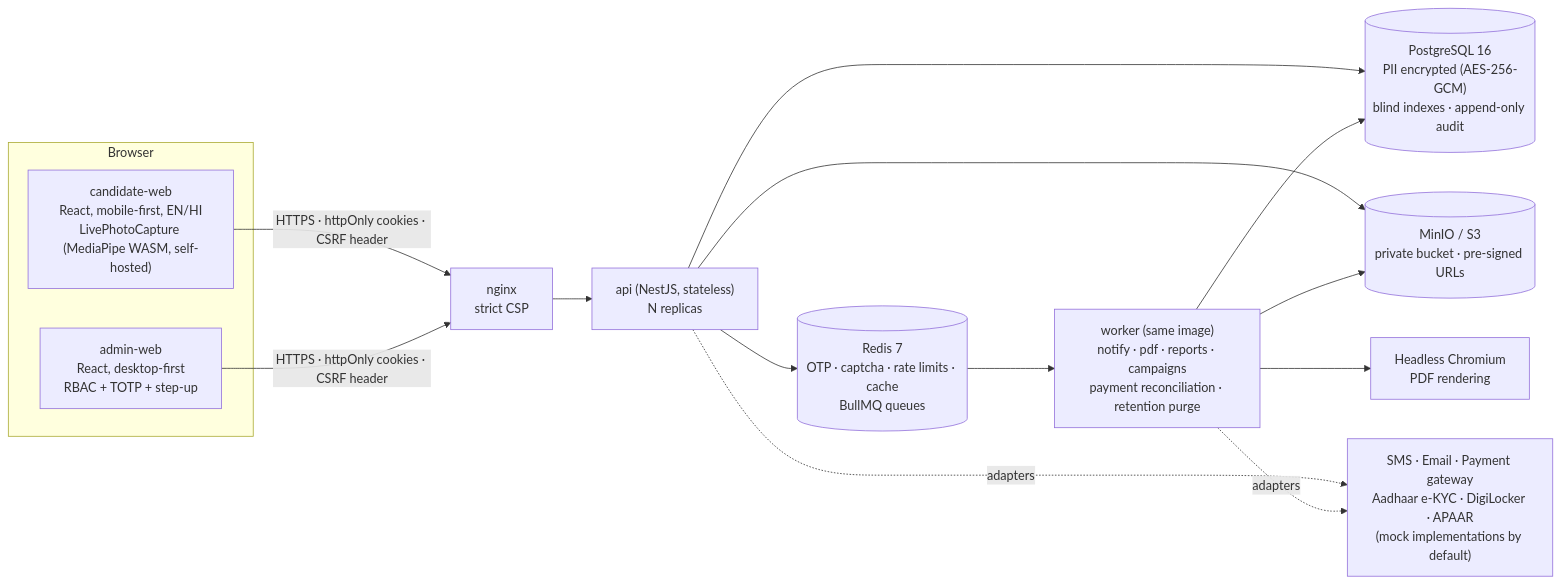
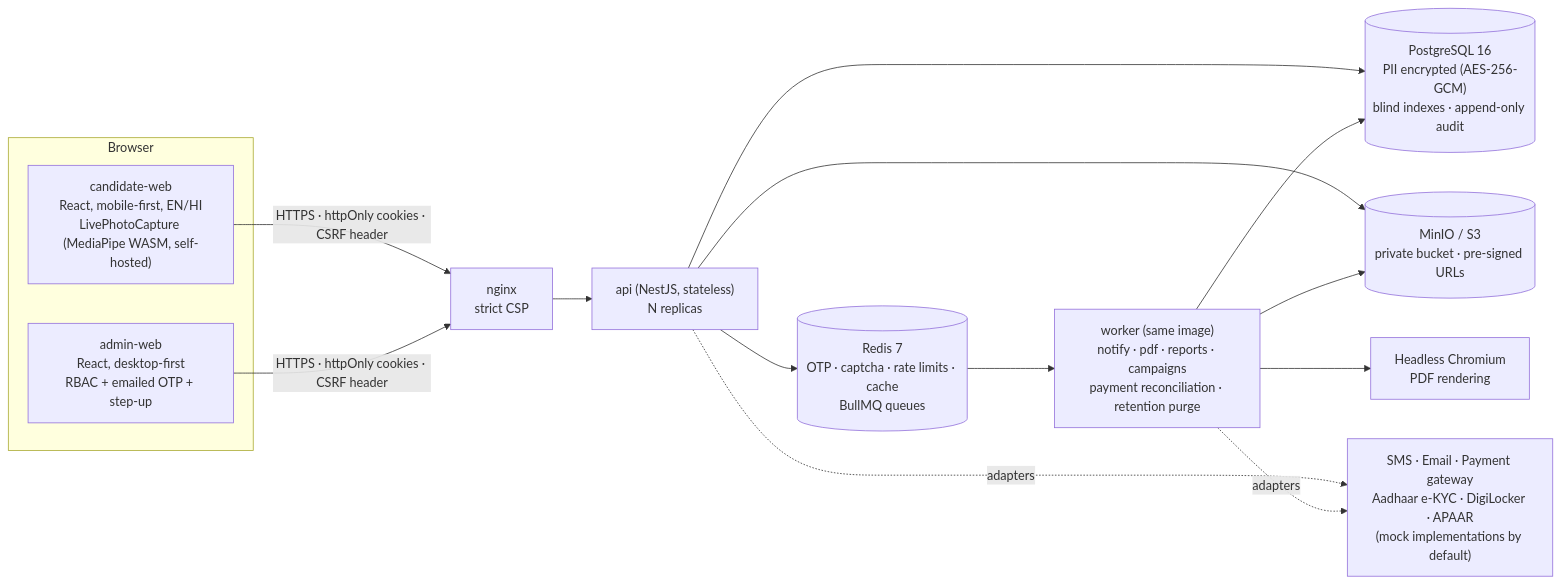
The first of 4 diagrams in docs/ARCHITECTURE.md (bharatkalia-bk/VTL-OTR), drawn with Mermaid before and after one commit. The commit also changed other lines of this file and 39 other files, not shown here.

First line of the commit message:
feat(auth): staff sign in with password and an emailed one-time code; fixed demo OTP

````diff
--- a/docs/ARCHITECTURE.md
+++ b/docs/ARCHITECTURE.md
@@ -5,19 +5,19 @@
 ```mermaid
 flowchart LR
   subgraph Browser
     CW["candidate-web<br/>React, mobile-first, EN/HI<br/>LivePhotoCapture (MediaPipe WASM, self-hosted)"]
-    AW["admin-web<br/>React, desktop-first<br/>RBAC + TOTP + step-up"]
+    AW["admin-web<br/>React, desktop-first<br/>RBAC + emailed OTP + step-up"]
   end
   CW -- "HTTPS · httpOnly cookies · CSRF header" --> NG[nginx<br/>strict CSP]
   AW -- "HTTPS · httpOnly cookies · CSRF header" --> NG
   NG --> API["api (NestJS, stateless)<br/>N replicas"]
   API --> PG[("PostgreSQL 16<br/>PII encrypted (AES-256-GCM)<br/>blind indexes · append-only audit")]
   API --> RD[("Redis 7<br/>OTP · captcha · rate limits · cache<br/>BullMQ queues")]
   API --> S3[("MinIO / S3<br/>private bucket · pre-signed URLs")]
   RD --> WK["worker (same image)<br/>notify · pdf · reports · campaigns<br/>payment reconciliation · retention purge"]
   WK --> PG
   WK --> S3
   WK --> CH[Headless Chromium<br/>PDF rendering]
   API -.adapters.-> EXT["SMS · Email · Payment gateway<br/>Aadhaar e-KYC · DigiLocker · APAAR<br/>(mock implementations by default)"]
   WK -.adapters.-> EXT
 ```
````
